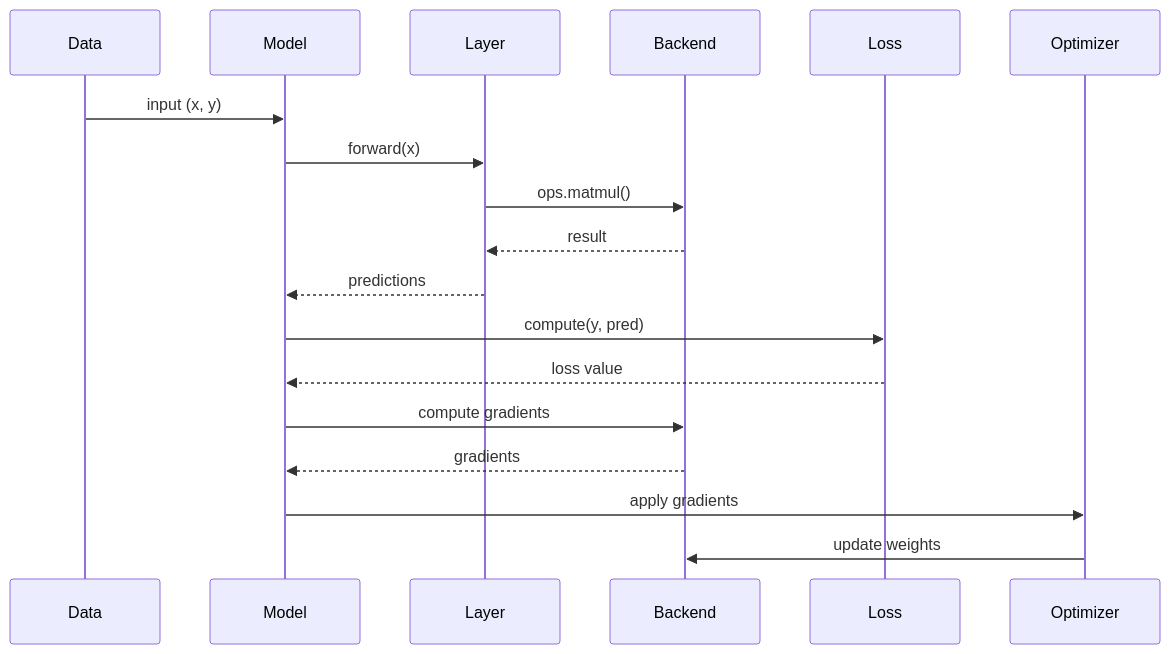
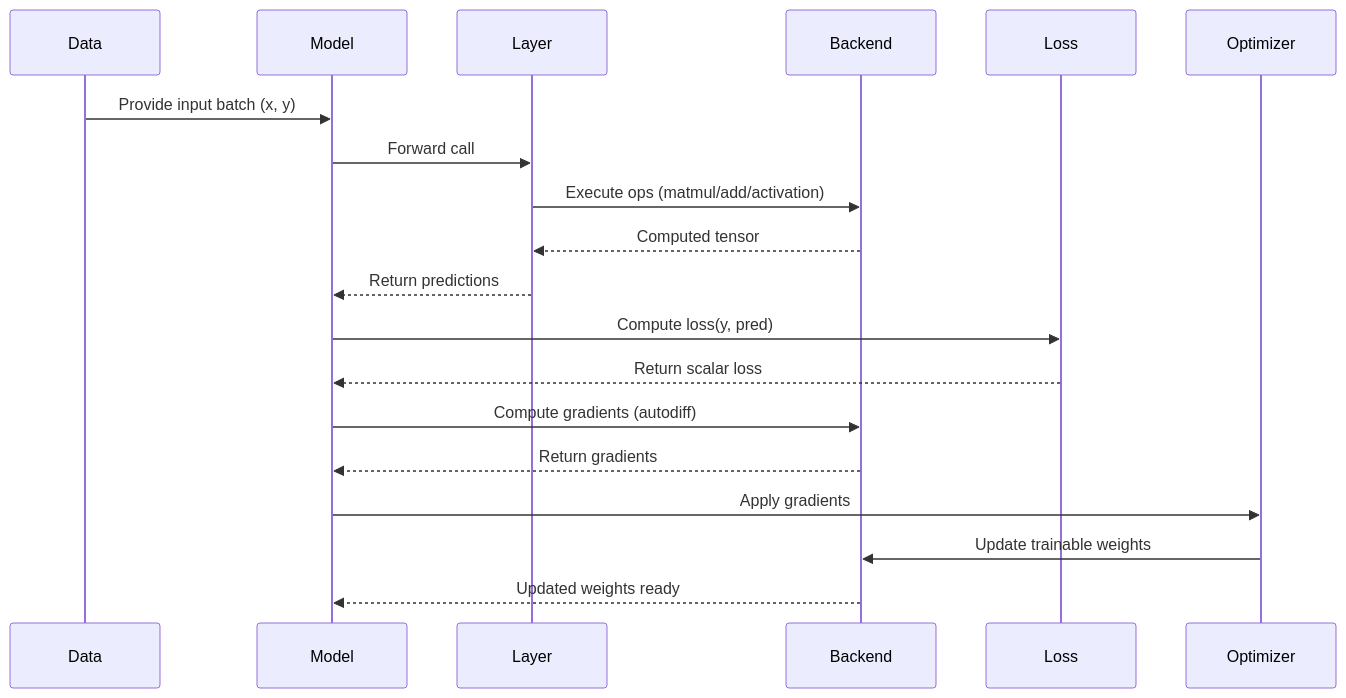
One commit to rado4002/keras-architecture-recovery changed the first of 3 diagrams in weeks/week03/docs/Reading Note3.md. Above: the diagram before and after it, drawn with Mermaid.

Commit message:
Refine Week 03 Reading Note 3 sequence diagram

````diff
--- a/weeks/week03/docs/Reading Note3.md
+++ b/weeks/week03/docs/Reading Note3.md
@@ -48,25 +48,26 @@
 ```mermaid
 sequenceDiagram
     participant Data
     participant Model
     participant Layer
     participant Backend
     participant Loss
     participant Optimizer
 
-    Data->>Model: input (x, y)
+    Data->>Model: Provide input batch (x, y)
 
-    Model->>Layer: forward(x)
-    Layer->>Backend: ops.matmul()
-    Backend-->>Layer: result
-    Layer-->>Model: predictions
+    Model->>Layer: Forward call
+    Layer->>Backend: Execute ops (matmul/add/activation)
+    Backend-->>Layer: Computed tensor
+    Layer-->>Model: Return predictions
 
-    Model->>Loss: compute(y, pred)
-    Loss-->>Model: loss value
+    Model->>Loss: Compute loss(y, pred)
+    Loss-->>Model: Return scalar loss
 
-    Model->>Backend: compute gradients
-    Backend-->>Model: gradients
+    Model->>Backend: Compute gradients (autodiff)
+    Backend-->>Model: Return gradients
 
-    Model->>Optimizer: apply gradients
-    Optimizer->>Backend: update weights
+    Model->>Optimizer: Apply gradients
+    Optimizer->>Backend: Update trainable weights
+    Backend-->>Model: Updated weights ready
 ```
````
